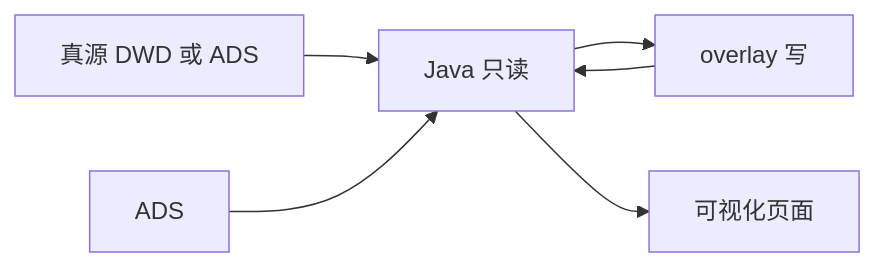
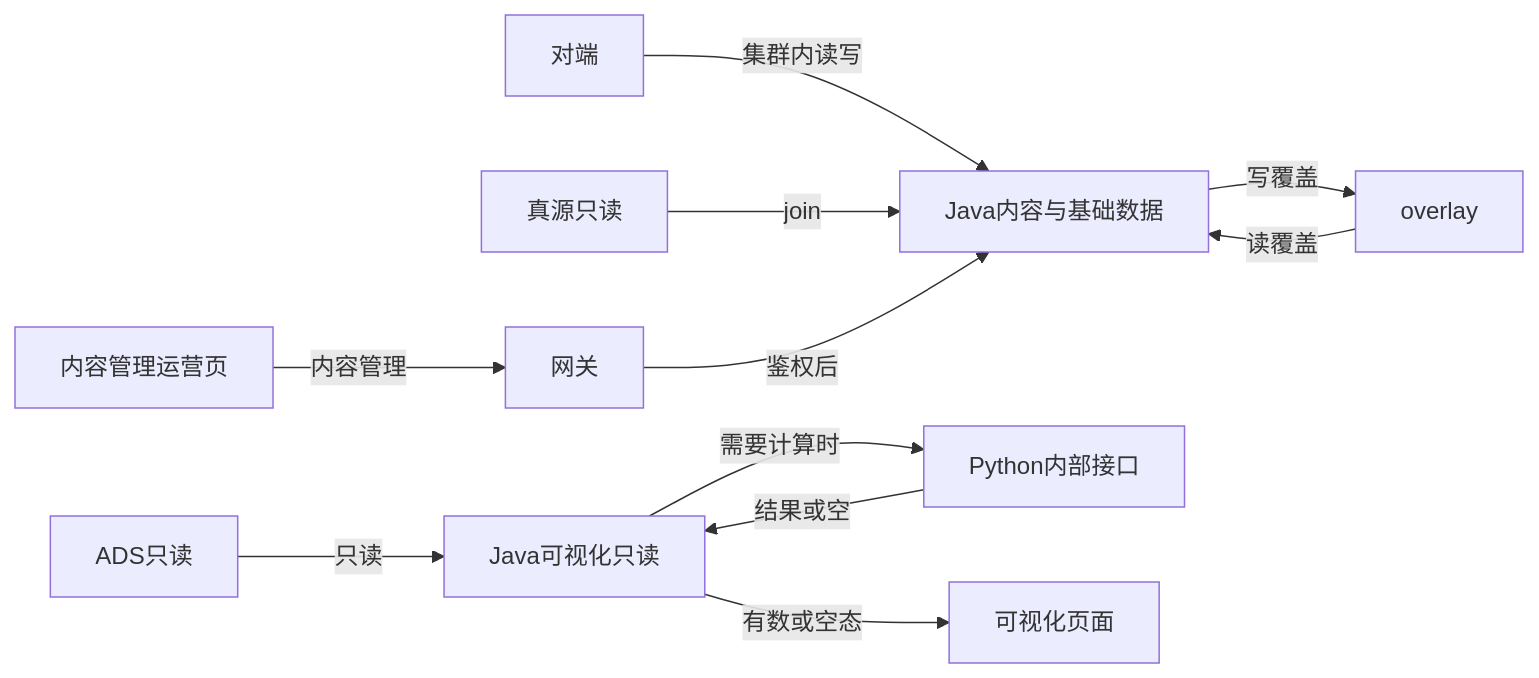
One commit to Marisolebxf/- changed the second of 2 diagrams in agent-delivery/工程过程/04-系统集成/03-专题系统集成/技术方案.md. Above: the diagram before and after it, drawn with Mermaid. The commit also changed other lines of this file and 15 other files, not shown here.

````diff
--- a/agent-delivery/工程过程/04-系统集成/03-专题系统集成/技术方案.md
+++ b/agent-delivery/工程过程/04-系统集成/03-专题系统集成/技术方案.md
@@ -55,8 +152,23 @@
 ```mermaid
 flowchart LR
-  SRC[真源 DWD 或 ADS] --> J[Java 只读]
-  J --> OV[overlay 写]
-  OV --> J
-  ADS[ADS] --> J
-  J --> FE[可视化页面]
+  Peer[对端]
+  SRC[真源只读]
+  OV[overlay]
+  Cms[Java内容与基础数据]
+  GW[网关]
+  OPS[内容管理运营页]
+  ADS[ADS只读]
+  PY[Python内部接口]
+  Api[Java可视化只读]
+  FE[可视化页面]
+  Peer -->|集群内读写| Cms
+  SRC -->|join| Cms
+  Cms -->|写覆盖| OV
+  OV -->|读覆盖| Cms
+  OPS -->|内容管理| GW
+  GW -->|鉴权后| Cms
+  ADS -->|只读| Api
+  Api -->|需要计算时| PY
+  PY -->|结果或空| Api
+  Api -->|有数或空态| FE
 ```
````
